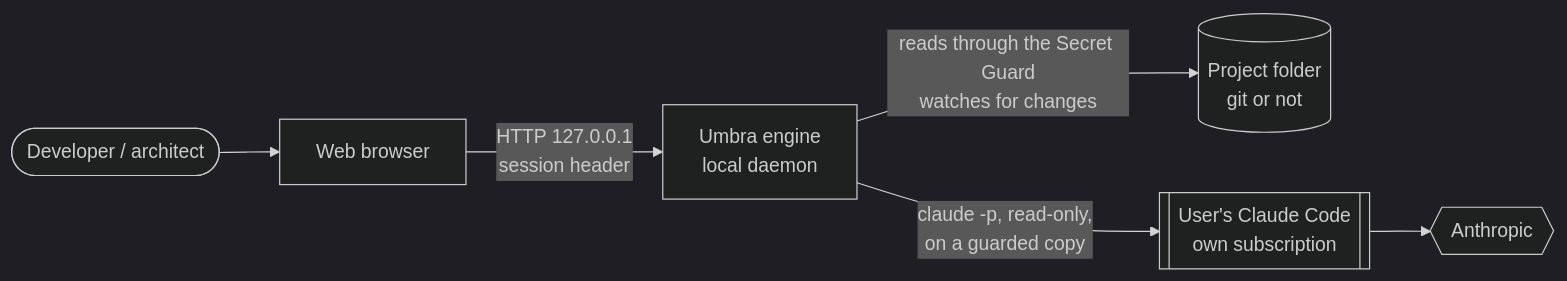
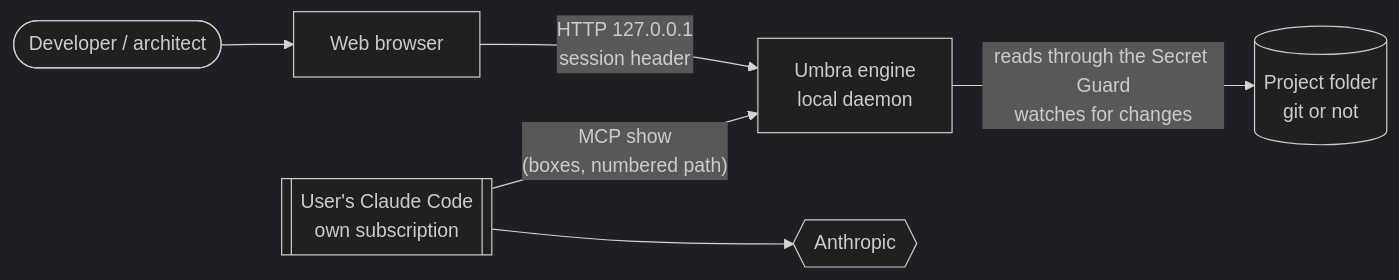
Before and after one commit to rida12b/Umbra: the first of 2 diagrams in docs/architecture.md, drawn with Mermaid (dark theme). The commit also changed other lines of this file and 54 other files, not shown here.

````diff
--- a/docs/architecture.md
+++ b/docs/architecture.md
@@ -7,15 +7,15 @@
 ```mermaid
 flowchart LR
     user([Developer / architect])
     browser[Web browser]
     umbra[Umbra engine<br/>local daemon]
     repo[(Project folder<br/>git or not)]
     claude[[User's Claude Code<br/>own subscription]]
     anthropic{{Anthropic}}
 
     user --> browser
     browser -- "HTTP 127.0.0.1<br/>session header" --> umbra
     umbra -- "reads through the Secret Guard<br/>watches for changes" --> repo
-    umbra -- "claude -p, read-only,<br/>on a guarded copy" --> claude
+    claude -- "MCP show<br/>(boxes, numbered path)" --> umbra
     claude --> anthropic
 ```
````
